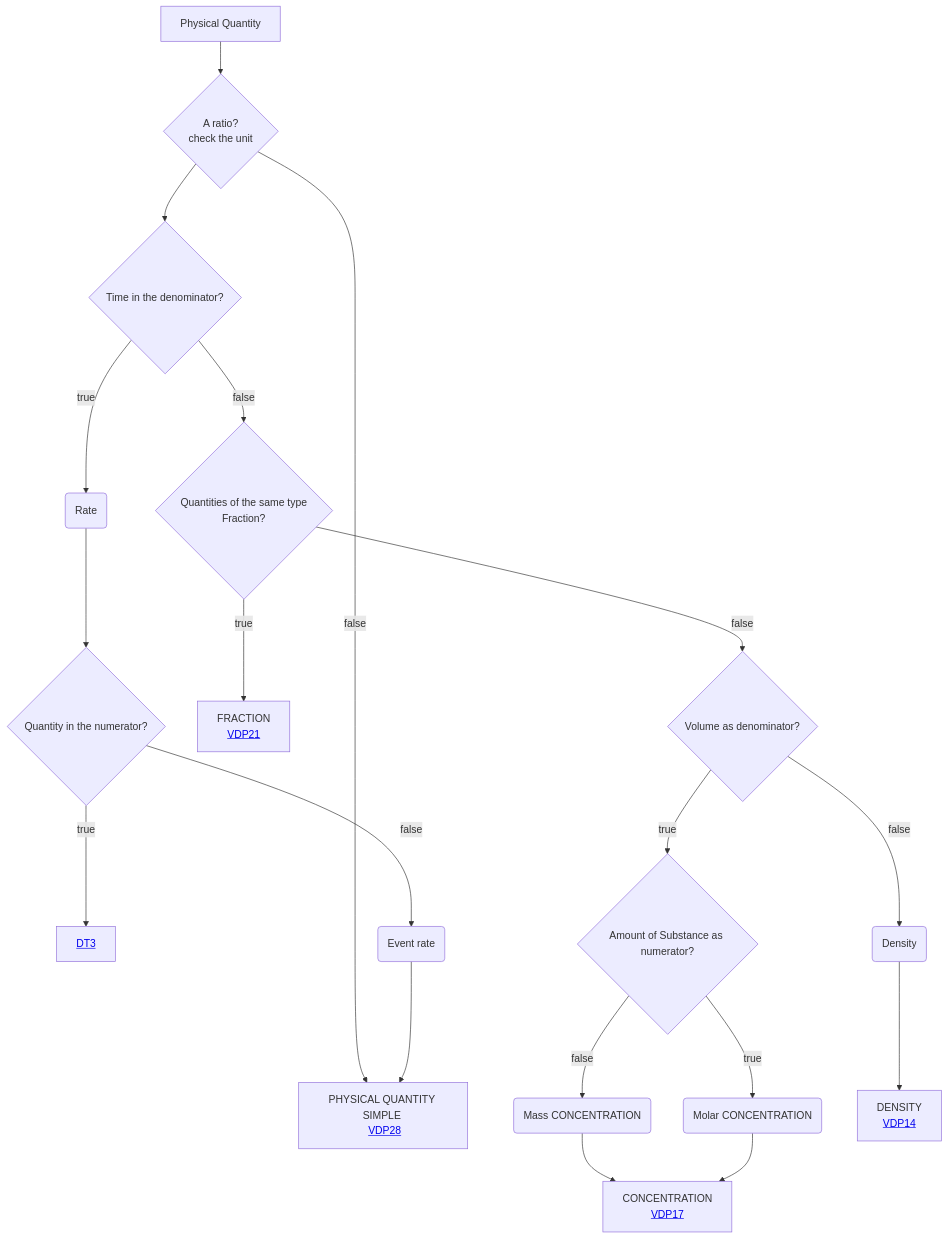
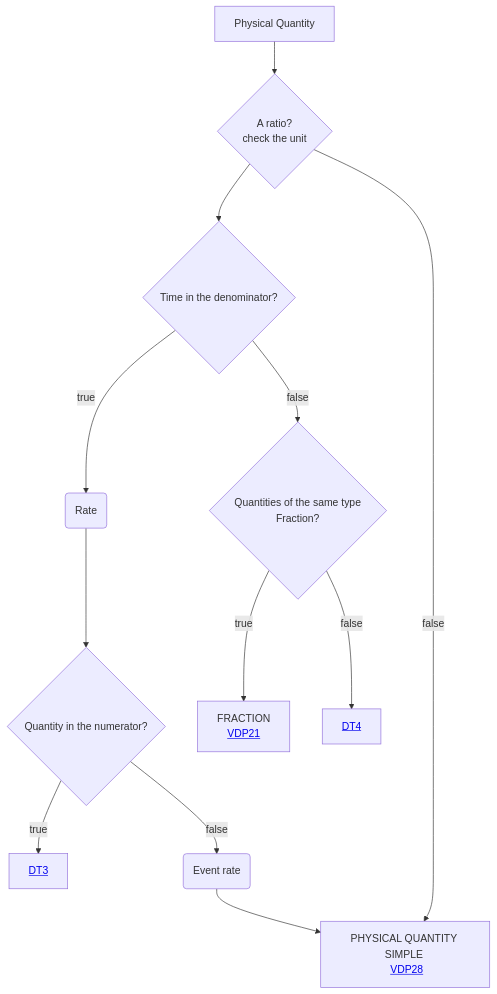
Before and after one commit to mabablue/I-ADOPT-patterns-playground: the diagram in Decisition_trees/DT2.mmd, drawn with Mermaid. The commit also changed other lines of this file, not shown here.

Commit message:
Refactor decision tree structure in DT2.mmd

```diff
--- a/Decisition_trees/DT2.mmd
+++ b/Decisition_trees/DT2.mmd
@@ -1,19 +1,12 @@
 flowchart TD
     A[Physical Quantity] --> B{A ratio?<br>check the unit}
     B --> C{Time in the denominator?} 
     B --> |false|I[PHYSICAL QUANTITY SIMPLE <br> <a href='https://github.com/mabablue/I-ADOPT-patterns-playground/blob/main/pattern/VDP28.yaml'>VDP28</a>]
     C --> |true|MN(Rate) 
     MN --> N{Quantity in the numerator?}
     C --> |false|D{Quantities of the same type <br> Fraction?}
     N --> |true|E[<a href='https://github.com/mabablue/I-ADOPT-patterns-playground/blob/main/Decisition_trees/DT3.mmd'>DT3</a>]
     N --> |false|O(Event rate)
     O --> I
     D --> |true|J[FRACTION <br> <a href='https://github.com/mabablue/I-ADOPT-patterns-playground/blob/main/pattern/VDP21.yaml'>VDP21</a>]
-    D --> |false|P{Volume as denominator?}
-    P --> |true|Q{Amount of Substance as numerator?}
-    Q --> |true|R(Molar CONCENTRATION)
-    Q --> |false|S(Mass CONCENTRATION)
-    P --> |false|U(Density)
-    S --> T[CONCENTRATION <br> <a href='https://github.com/mabablue/I-ADOPT-patterns-playground/blob/main/pattern/VDP17.yaml'>VDP17</a>]
-    R --> T
-    U --> V[DENSITY <br> <a href='https://github.com/mabablue/I-ADOPT-patterns-playground/blob/main/pattern/VDP14.yaml'>VDP14</a>]
+    D --> |false|P[<a href='https://github.com/mabablue/I-ADOPT-patterns-playground/blob/main/Decisition_trees/DT3.mmd'>DT4</a>]
```
